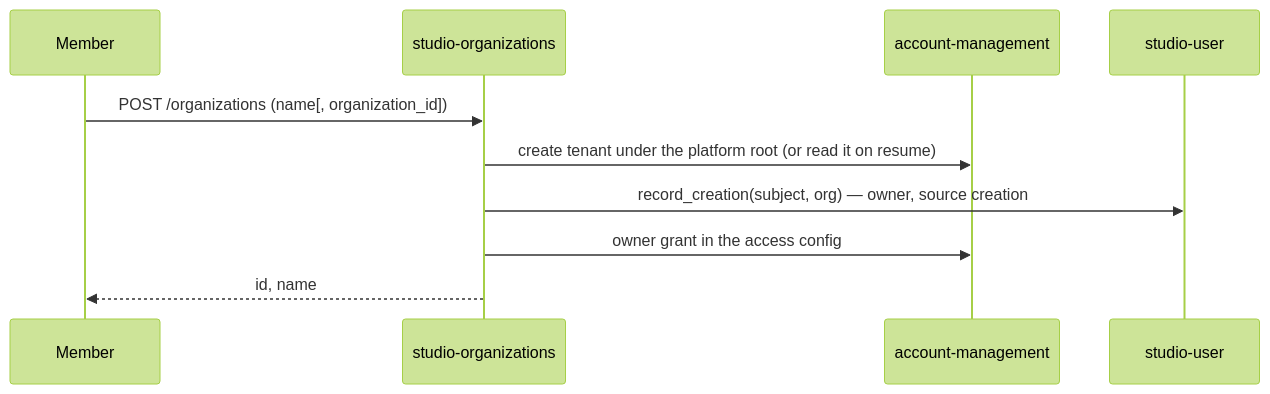
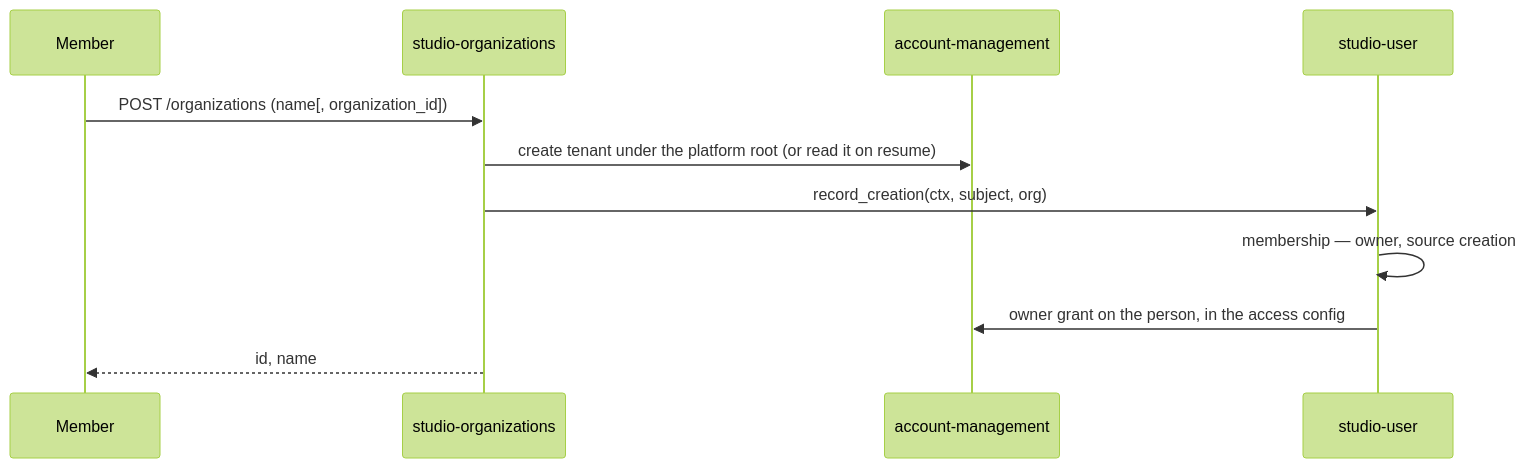
One commit to AndrejK666/studio-web changed the diagram in docs/design/studio-organizations.md. Above: the diagram before and after it, drawn with Mermaid (forest theme). The commit also changed other lines of this file and 92 other files, not shown here.

````diff
--- a/docs/design/studio-organizations.md
+++ b/docs/design/studio-organizations.md
@@ -226,12 +230,13 @@
 ```mermaid
 sequenceDiagram
     participant M as Member
     participant O as studio-organizations
     participant AM as account-management
     participant U as studio-user
     M->>O: POST /organizations (name[, organization_id])
     O->>AM: create tenant under the platform root (or read it on resume)
-    O->>U: record_creation(subject, org) — owner, source creation
-    O->>AM: owner grant in the access config
+    O->>U: record_creation(ctx, subject, org)
+    U->>U: membership — owner, source creation
+    U->>AM: owner grant on the person, in the access config
     O-->>M: id, name
 ```
````
